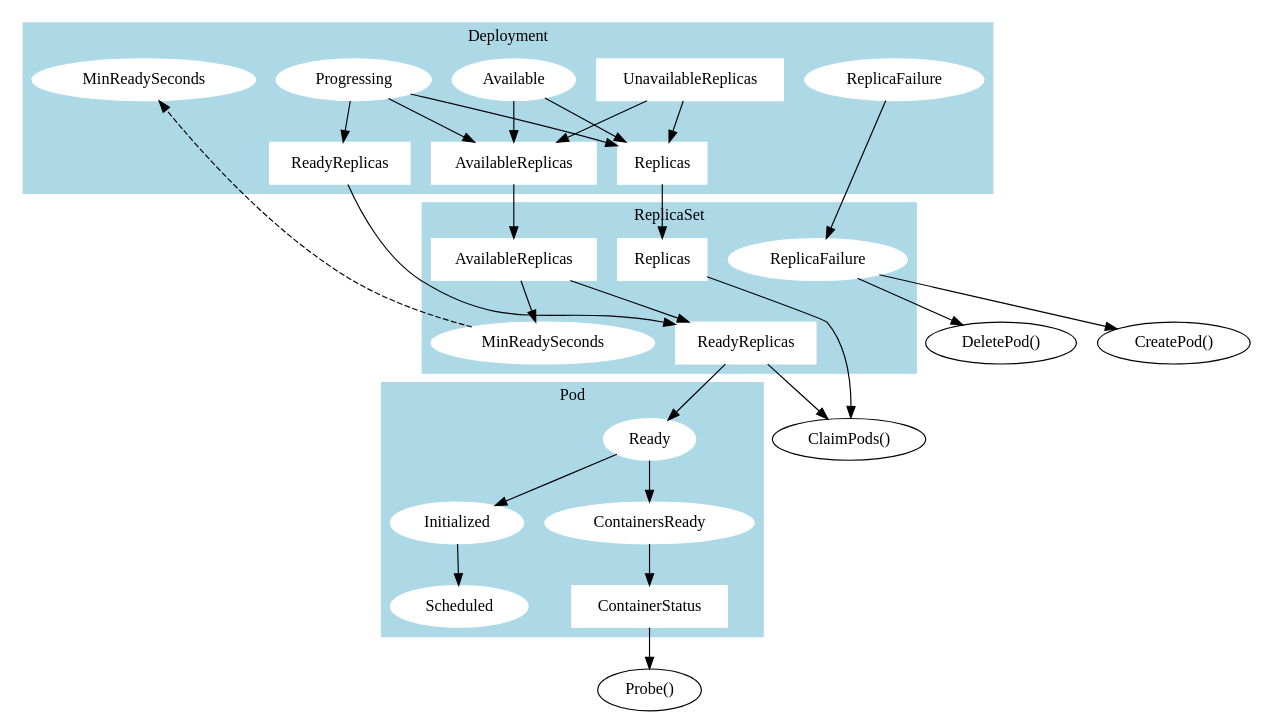
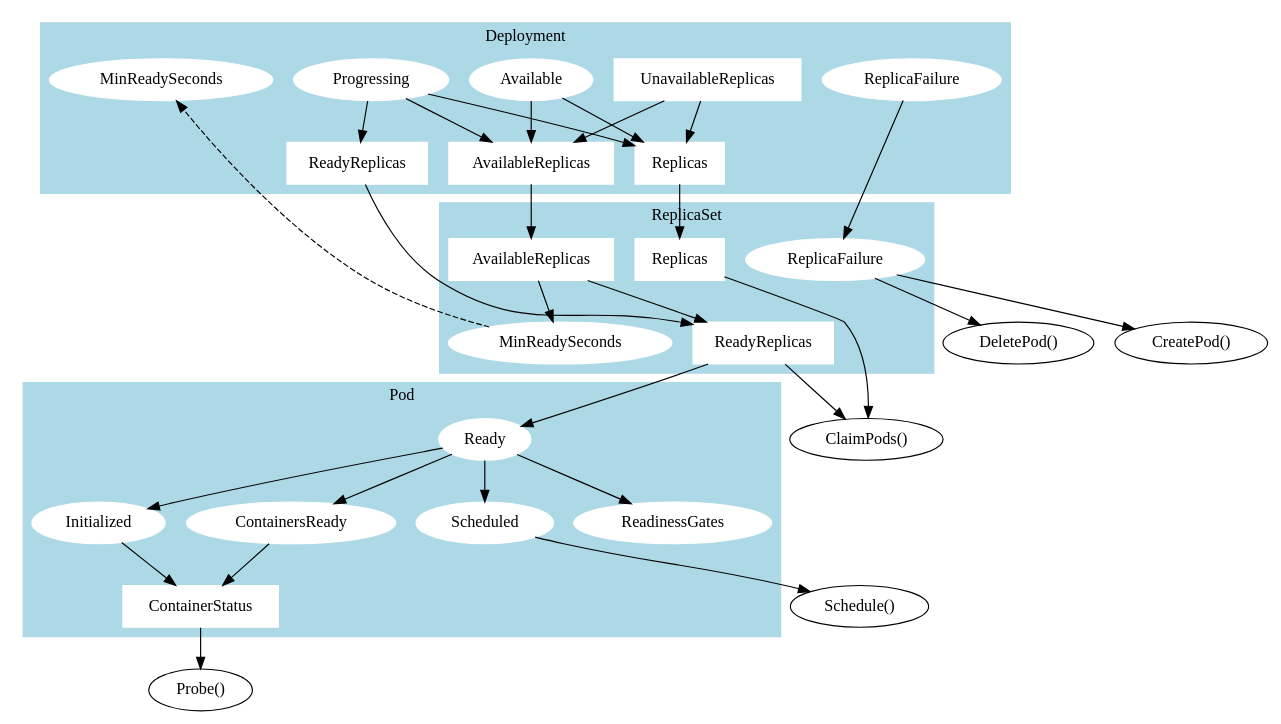
One commit to jonjohnsonjr/graphviz changed the diagram in src/deployment.dot. Above: the diagram before and after it, drawn with Graphviz.

Commit message:
Add probe, schedule, and readinessgates

```diff
--- a/src/deployment.dot
+++ b/src/deployment.dot
@@ -1,103 +1,109 @@
 digraph DeploymentLifecycle {
   subgraph cluster_deployment {
     label = "Deployment";
     style = filled
     color = lightblue
     node [style=filled,color=white];
 
     // Conditions
     DeploymentAvailable [label=Available, href="https://godoc.org/k8s.io/api/apps/v1#DeploymentAvailable"]
     DeploymentProgressing [label=Progressing, href="https://godoc.org/k8s.io/api/apps/v1#DeploymentProgressing"]
     DeploymentReplicaFailure [label=ReplicaFailure, href="https://godoc.org/k8s.io/api/apps/v1#DeploymentReplicaFailure"]
 
     // Status
     DeploymentReplicas [label=Replicas, shape=box, href="https://godoc.org/k8s.io/kubernetes/pkg/apis/apps#DeploymentStatus"]
     DeploymentReadyReplicas [label=ReadyReplicas, shape=box, href="https://godoc.org/k8s.io/kubernetes/pkg/apis/apps#DeploymentStatus"]
     DeploymentAvailableReplicas [label=AvailableReplicas, shape=box, href="https://godoc.org/k8s.io/kubernetes/pkg/apis/apps#DeploymentStatus"]
     DeploymentUnavailableReplicas [label=UnavailableReplicas, shape=box, href="https://godoc.org/k8s.io/kubernetes/pkg/apis/apps#DeploymentStatus"]
 
     // Spec
     DeploymentMinReadySeconds [label=MinReadySeconds, href="https://godoc.org/k8s.io/api/apps/v1#DeploymentSpec"]
 
     // Dependencies
     DeploymentProgressing -> DeploymentReplicas
     DeploymentProgressing -> DeploymentReadyReplicas
     DeploymentProgressing -> DeploymentAvailableReplicas
 
     DeploymentAvailable -> DeploymentAvailableReplicas
     DeploymentAvailable -> DeploymentReplicas
 
     DeploymentUnavailableReplicas -> DeploymentReplicas
     DeploymentUnavailableReplicas -> DeploymentAvailableReplicas
   }
 
   subgraph cluster_rs {
     label = "ReplicaSet";
     style = filled
     color = lightblue
     node [style=filled,color=white];
 
     // Conditions
     ReplicaSetReplicaFailure [label=ReplicaFailure, href="https://godoc.org/k8s.io/api/apps/v1#ReplicaSetReplicaFailure"]
 
     // Status
     ReplicaSetReplicas [label=Replicas, shape=box, href="https://godoc.org/k8s.io/kubernetes/pkg/apis/apps#ReplicaSetStatus"]
     ReplicaSetReadyReplicas [label=ReadyReplicas, shape=box, href="https://godoc.org/k8s.io/kubernetes/pkg/apis/apps#ReplicaSetStatus"]
     ReplicaSetAvailableReplicas [label=AvailableReplicas, shape=box, href="https://godoc.org/k8s.io/kubernetes/pkg/apis/apps#ReplicaSetStatus"]
 
     // Spec
     ReplicaSetMinReadySeconds [label=MinReadySeconds, href="https://godoc.org/k8s.io/api/apps/v1#ReplicaSetSpec"]
 
     // Dependencies
     ReplicaSetAvailableReplicas -> ReplicaSetMinReadySeconds
     ReplicaSetAvailableReplicas -> ReplicaSetReadyReplicas
   }
 
   subgraph cluster_pods {
     label = "Pod";
     style = filled
     color = lightblue
     node [style=filled,color=white];
 
     // Conditions
     PodReady [label=Ready, href="https://godoc.org/k8s.io/api/core/v1#PodReady"]
     PodScheduled [label=Scheduled, href="https://godoc.org/k8s.io/api/core/v1#PodScheduled"]
     PodInitialized [label=Initialized, href="https://godoc.org/k8s.io/api/core/v1#PodInitialized"]
     ContainersReady [label=ContainersReady, href="https://godoc.org/k8s.io/api/core/v1#ContainersReady"]
+    PodReadinessGates [label=ReadinessGates, href="https://godoc.org/k8s.io/api/core/v1#PodSpec.ReadinessGates"]
 
     // Status
     ContainerStatus [label=ContainerStatus, shape=box, href="https://godoc.org/k8s.io/api/core/v1#ContainerStatus"]
 
     // Dependencies
+    PodReady ->PodReadinessGates
     PodReady -> ContainersReady
     PodReady -> PodInitialized
-    PodInitialized -> PodScheduled
+    PodReady -> PodScheduled
 
+    PodInitialized -> ContainerStatus
     ContainersReady -> ContainerStatus
   }
 
   // External dependencies
   CreatePod [label="CreatePod()", href="https://github.com/kubernetes/kubernetes/blob/de8fb1c9f81b1bd48a0d25f866492acca2c199f0/pkg/controller/replicaset/replica_set.go#L466-L511"]
   DeletePod [label="DeletePod()", href="https://github.com/kubernetes/kubernetes/blob/de8fb1c9f81b1bd48a0d25f866492acca2c199f0/pkg/controller/replicaset/replica_set.go#L512-L554"]
   ClaimPods [label="ClaimPods()", href="https://github.com/kubernetes/kubernetes/blob/de8fb1c9f81b1bd48a0d25f866492acca2c199f0/pkg/controller/replicaset/replica_set.go#L590-L612"]
-  Probe [label="Probe()", href="https://github.com/kubernetes/kubernetes/blob/619a3985d0d43e0049d795fce223319bd06cbf07/pkg/kubelet/prober/prober.go#L155-L197"]
+  ProbePod [label="Probe()", href="https://github.com/kubernetes/kubernetes/blob/619a3985d0d43e0049d795fce223319bd06cbf07/pkg/kubelet/prober/prober.go#L155-L197"]
+  SchedulePod [label="Schedule()" href="https://github.com/kubernetes/kubernetes/blob/619a3985d0d43e0049d795fce223319bd06cbf07/pkg/scheduler/scheduler.go#L459-L612"]
 
   // Inter-object dependencies
   ReplicaSetReplicas -> ClaimPods
   ReplicaSetReadyReplicas -> ClaimPods
 
   ReplicaSetReadyReplicas -> PodReady
 
   ReplicaSetReplicaFailure -> CreatePod
   ReplicaSetReplicaFailure -> DeletePod
 
   ReplicaSetMinReadySeconds -> DeploymentMinReadySeconds [style=dashed]
 
   DeploymentReplicas -> ReplicaSetReplicas
   DeploymentReadyReplicas -> ReplicaSetReadyReplicas
   DeploymentAvailableReplicas -> ReplicaSetAvailableReplicas
 
   DeploymentReplicaFailure -> ReplicaSetReplicaFailure
 
-  ContainerStatus -> Probe
+  PodScheduled -> SchedulePod
+
+  ContainerStatus -> ProbePod
 }
```
